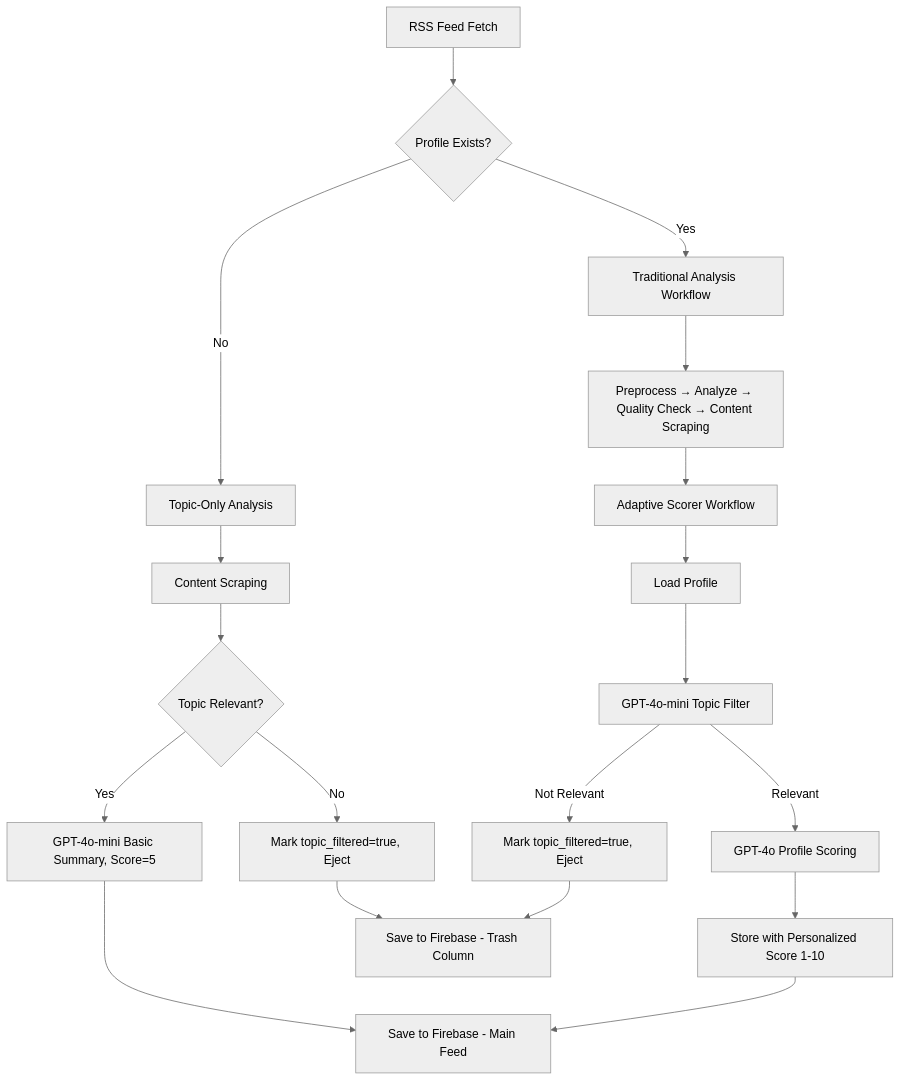
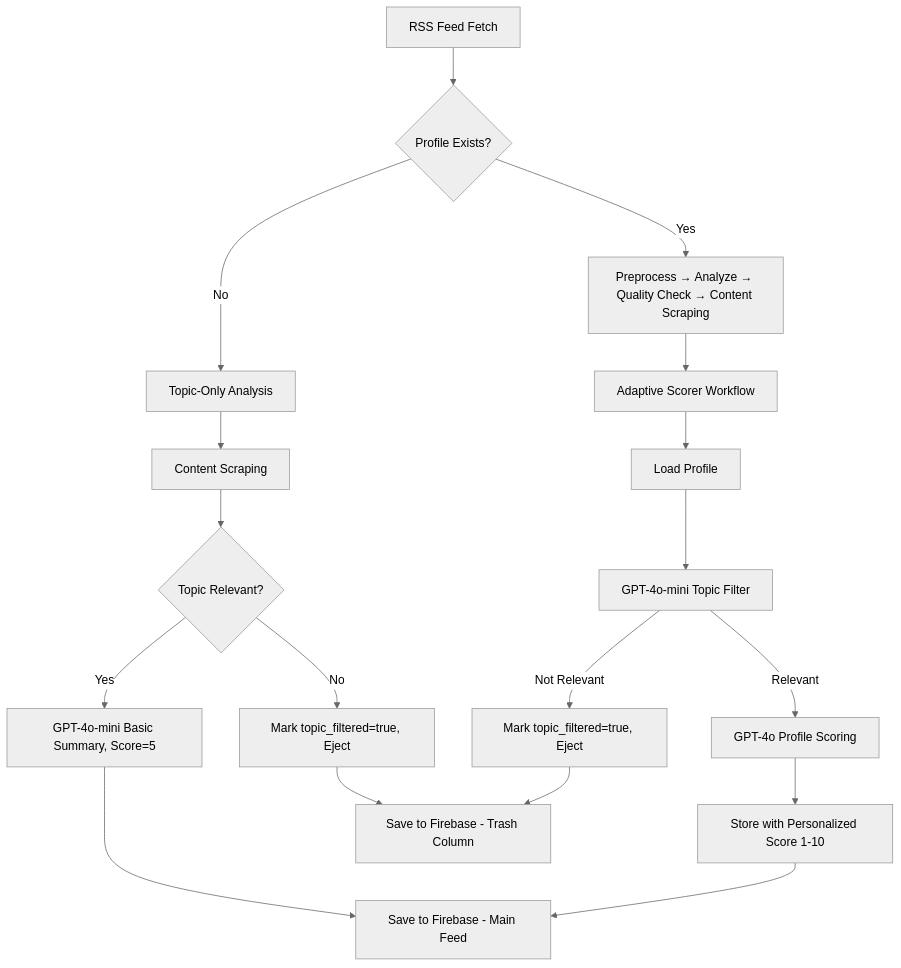
Before and after one commit to jackwimbish/adjutant: the diagram in _docs/article_pipeline.md, drawn with Mermaid (neutral theme).

Commit message:
article pipeline explanation

````diff
--- a/_docs/article_pipeline.md
+++ b/_docs/article_pipeline.md
@@ -188,24 +188,23 @@
 ```mermaid
 flowchart TD
     A[RSS Feed Fetch] --> B{Profile Exists?}
     B -->|No| C[Topic-Only Analysis]
-    B -->|Yes| D[Traditional Analysis Workflow]
+    B -->|Yes| D1[Preprocess → Analyze → Quality Check → Content Scraping]
     
     C --> C1[Content Scraping]
     C1 --> C2{Topic Relevant?}
     C2 -->|No| C3[Mark topic_filtered=true, Eject]
     C2 -->|Yes| C4[GPT-4o-mini Basic Summary, Score=5]
     
-    D --> D1[Preprocess → Analyze → Quality Check → Content Scraping]
     D1 --> D2[Adaptive Scorer Workflow]
     D2 --> H[Load Profile]
     H --> I[GPT-4o-mini Topic Filter]
     I -->|Relevant| J[GPT-4o Profile Scoring]
     I -->|Not Relevant| K[Mark topic_filtered=true, Eject]
     J --> L[Store with Personalized Score 1-10]
     
     C3 --> M[Save to Firebase - Trash Column]
     C4 --> N[Save to Firebase - Main Feed]
     K --> M
     L --> N
 ```
````
